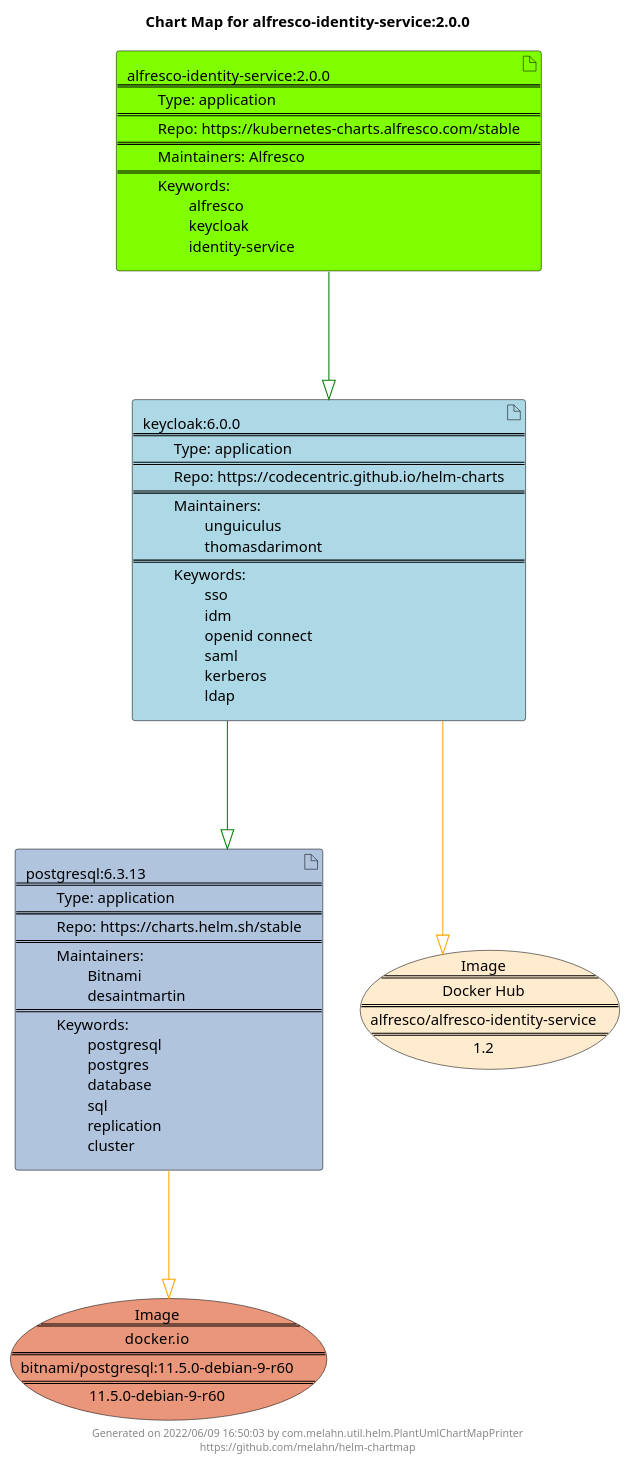
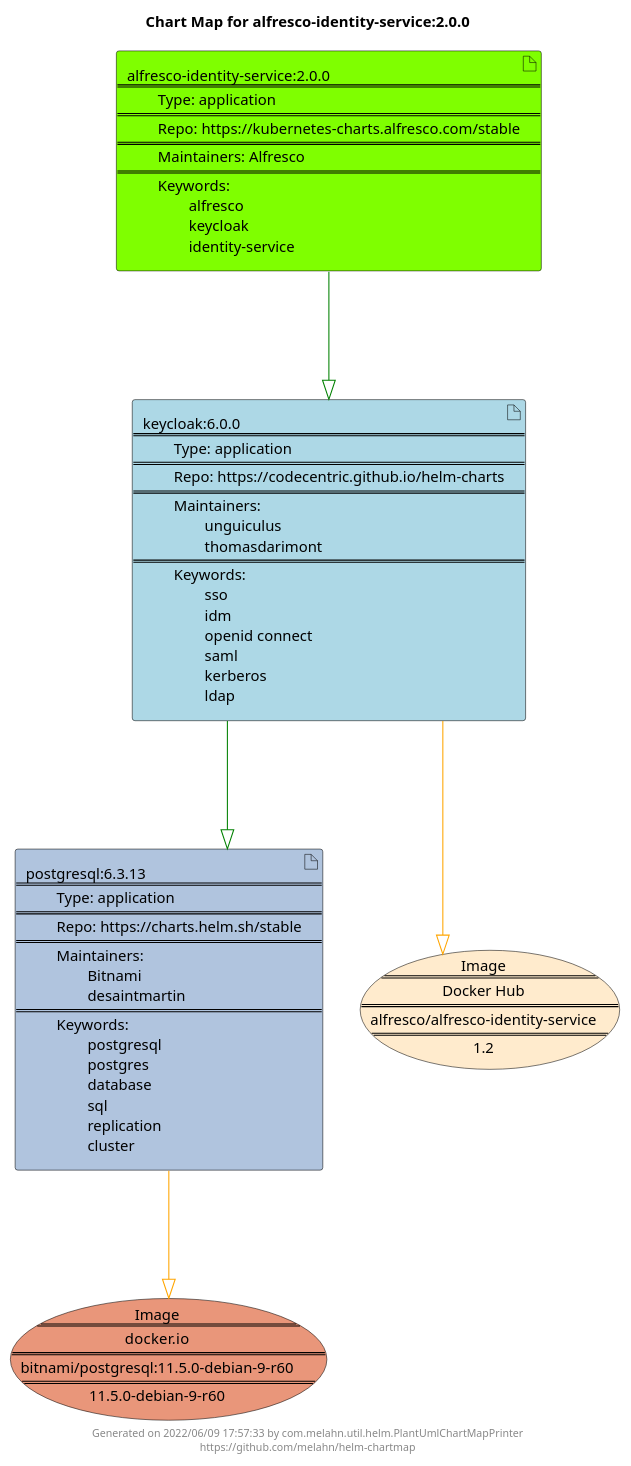
Before and after one commit to melahn/helm-chartmap: the diagram in docs/alfresco-identity-service/alfresco-identity-service-2.0.0.puml, drawn with PlantUML. The commit also changed 59 other files, not shown here.

Commit message:
Update Example Chart Maps as part of GitHub build

```diff
--- a/docs/alfresco-identity-service/alfresco-identity-service-2.0.0.puml
+++ b/docs/alfresco-identity-service/alfresco-identity-service-2.0.0.puml
@@ -1,27 +1,27 @@
 @startuml
 skinparam linetype ortho
 skinparam backgroundColor white
 skinparam usecaseBorderColor black
 skinparam usecaseArrowColor LightSlateGray
 skinparam artifactBorderColor black
 skinparam artifactArrowColor LightSlateGray
 
 title Chart Map for alfresco-identity-service:2.0.0
 
 'There are 3 referenced Helm Charts
 artifact "postgresql:6.3.13\n====\n\tType: application\n====\n\tRepo: https://charts.helm.sh/stable\n====\n\tMaintainers: \n\t\tBitnami\n\t\tdesaintmartin\n====\n\tKeywords: \n\t\tpostgresql\n\t\tpostgres\n\t\tdatabase\n\t\tsql\n\t\treplication\n\t\tcluster" as postgresql_6_3_13 #LightSteelBlue
 artifact "keycloak:6.0.0\n====\n\tType: application\n====\n\tRepo: https://codecentric.github.io/helm-charts\n====\n\tMaintainers: \n\t\tunguiculus\n\t\tthomasdarimont\n====\n\tKeywords: \n\t\tsso\n\t\tidm\n\t\topenid connect\n\t\tsaml\n\t\tkerberos\n\t\tldap" as keycloak_6_0_0 #LightBlue
 artifact "alfresco-identity-service:2.0.0\n====\n\tType: application\n====\n\tRepo: https://kubernetes-charts.alfresco.com/stable\n====\n\tMaintainers: Alfresco\n====\n\tKeywords: \n\t\talfresco\n\t\tkeycloak\n\t\tidentity-service" as alfresco_identity_service_2_0_0 #Chartreuse
 
 'There are 2 referenced Docker Images
 usecase "Image\n====\ndocker.io\n====\nbitnami/postgresql:11.5.0-debian-9-r60\n====\n11.5.0-debian-9-r60" as docker_io_bitnami_postgresql_11_5_0_debian_9_r60 #DarkSalmon
 usecase "Image\n====\nDocker Hub\n====\nalfresco/alfresco-identity-service\n====\n1.2" as alfresco_alfresco_identity_service_1_2 #BlanchedAlmond
 
 'Chart Dependencies
 alfresco_identity_service_2_0_0--[#green]-|>keycloak_6_0_0
 keycloak_6_0_0--[#green]-|>postgresql_6_3_13
 postgresql_6_3_13--[#orange]-|>docker_io_bitnami_postgresql_11_5_0_debian_9_r60
 keycloak_6_0_0--[#orange]-|>alfresco_alfresco_identity_service_1_2
 
-center footer Generated on 2022/06/09 16:50:03 by com.melahn.util.helm.PlantUmlChartMapPrinter\nhttps://github.com/melahn/helm-chartmap
+center footer Generated on 2022/06/09 17:57:33 by com.melahn.util.helm.PlantUmlChartMapPrinter\nhttps://github.com/melahn/helm-chartmap
 @enduml
```
